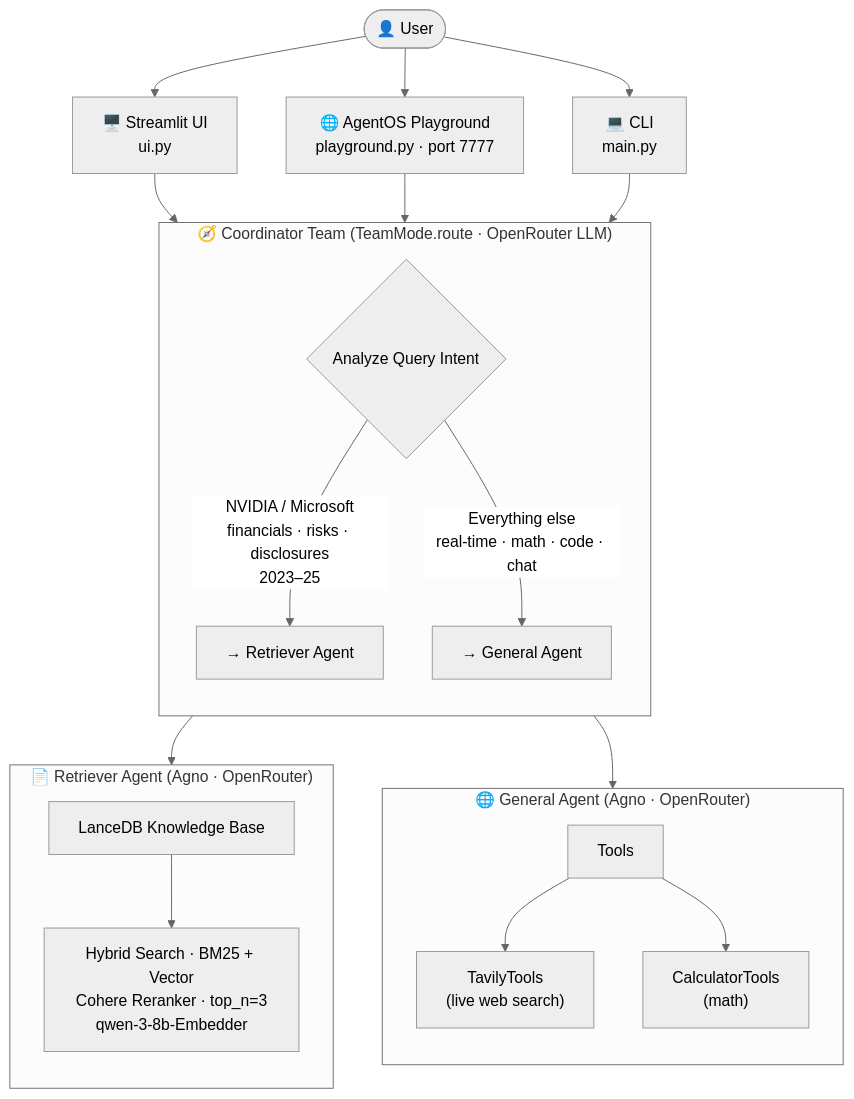
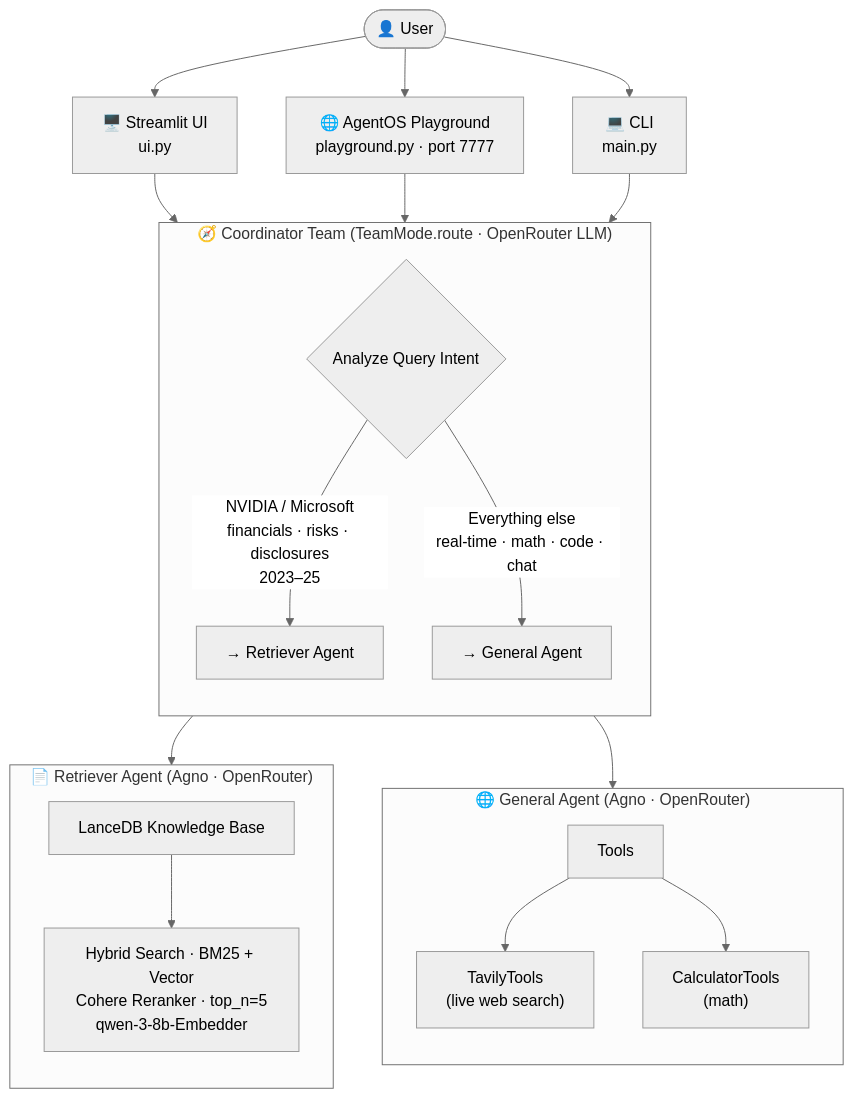
Before and after one commit to johad6exe/Multi-Agent-AI-System: the first of 2 diagrams in README.md, drawn with Mermaid (neutral theme). The commit also changed other lines of this file, not shown here.

````diff
--- a/README.md
+++ b/README.md
@@ -9,36 +9,36 @@
 ```mermaid
 flowchart TD
     User(["👤 User"])
     UI1["🖥️ Streamlit UI\nui.py"]
     UI2["🌐 AgentOS Playground\nplayground.py · port 7777"]
     UI3["💻 CLI\nmain.py"]
 
     User --> UI1
     User --> UI2
     User --> UI3
 
     UI1 & UI2 & UI3 --> Coordinator
 
     subgraph Coordinator["🧭 Coordinator Team (TeamMode.route · OpenRouter LLM)"]
         direction TB
         Route{"Analyze Query Intent"}
         Route -->|"NVIDIA / Microsoft\nfinancials · risks · disclosures\n2023–25"| R_Label["→ Retriever Agent"]
         Route -->|"Everything else\nreal-time · math · code · chat"| G_Label["→ General Agent"]
     end
 
     R_Label --> RetrieverAgent
     G_Label --> GeneralAgent
 
     subgraph RetrieverAgent["📄 Retriever Agent (Agno · OpenRouter)"]
         direction TB
         KB["LanceDB Knowledge Base"]
-        KB --> LDB["Hybrid Search · BM25 + Vector\nCohere Reranker · top_n=3\nqwen-3-8b-Embedder"]
+        KB --> LDB["Hybrid Search · BM25 + Vector\nCohere Reranker · top_n=5\nqwen-3-8b-Embedder"]
     end
 
     subgraph GeneralAgent["🌐 General Agent (Agno · OpenRouter)"]
         direction TB
         Tools["Tools"]
         Tools --> Tavily["TavilyTools\n(live web search)"]
         Tools --> Calc["CalculatorTools\n(math)"]
     end
 ```
````
